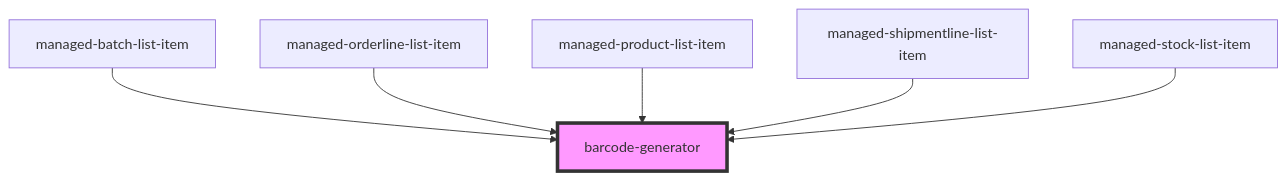
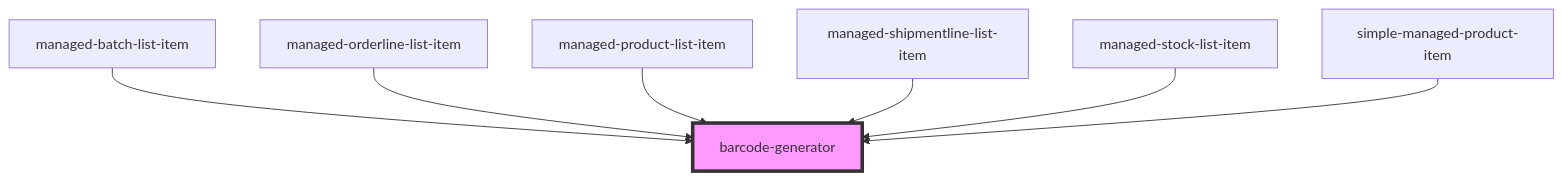
One commit to PharmaLedger-IMI/fgt-workspace changed the diagram in pdm-web-components/src/components/barcode-generator/readme.md. Above: the diagram before and after it, drawn with Mermaid. The commit also changed other lines of this file and 35 other files, not shown here.

````diff
--- a/pdm-web-components/src/components/barcode-generator/readme.md
+++ b/pdm-web-components/src/components/barcode-generator/readme.md
@@ -31,9 +32,10 @@
 ```mermaid
 graph TD;
   managed-batch-list-item --> barcode-generator
   managed-orderline-list-item --> barcode-generator
   managed-product-list-item --> barcode-generator
   managed-shipmentline-list-item --> barcode-generator
   managed-stock-list-item --> barcode-generator
+  simple-managed-product-item --> barcode-generator
   style barcode-generator fill:#f9f,stroke:#333,stroke-width:4px
 ```
````
